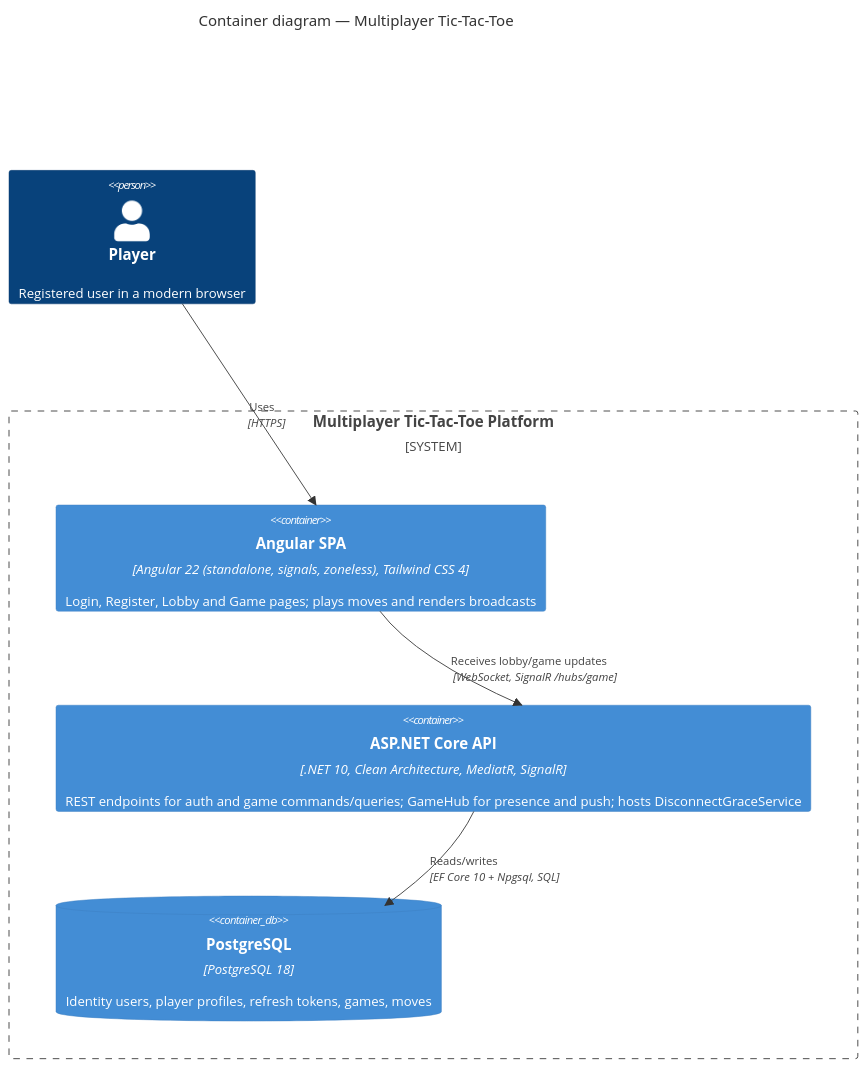
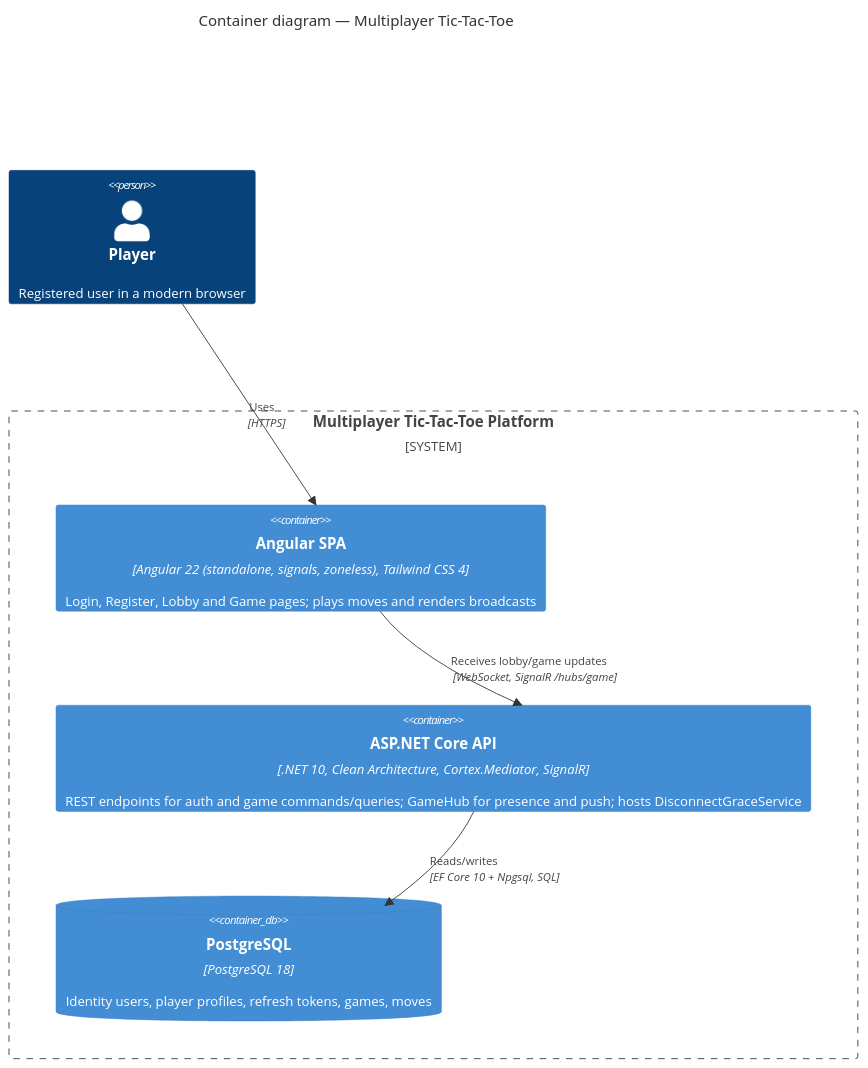
The second of 6 diagrams in docs/01-architecture/system-architecture.md (Nur-Al-Mumit/tic-tac-toe), drawn with Mermaid before and after one commit. The commit also changed other lines of this file and 20 other files, not shown here.

Commit message:
docs: switch in-process mediator from MediatR to Cortex.Mediator (ADR-0013, supersedes ADR-0002)

````diff
--- a/docs/01-architecture/system-architecture.md
+++ b/docs/01-architecture/system-architecture.md
@@ -36,17 +36,17 @@
 ```mermaid
 C4Container
     title Container diagram — Multiplayer Tic-Tac-Toe
 
     Person(player, "Player", "Registered user in a modern browser")
 
     System_Boundary(platform, "Multiplayer Tic-Tac-Toe Platform") {
         Container(spa, "Angular SPA", "Angular 22 (standalone, signals, zoneless), Tailwind CSS 4", "Login, Register, Lobby and Game pages; plays moves and renders broadcasts")
-        Container(api, "ASP.NET Core API", ".NET 10, Clean Architecture, MediatR, SignalR", "REST endpoints for auth and game commands/queries; GameHub for presence and push; hosts DisconnectGraceService")
+        Container(api, "ASP.NET Core API", ".NET 10, Clean Architecture, Cortex.Mediator, SignalR", "REST endpoints for auth and game commands/queries; GameHub for presence and push; hosts DisconnectGraceService")
         ContainerDb(db, "PostgreSQL", "PostgreSQL 18", "Identity users, player profiles, refresh tokens, games, moves")
     }
 
     Rel(player, spa, "Uses", "HTTPS")
     Rel(spa, api, "Auth + game commands/queries", "JSON over HTTPS, /api/v1")
     Rel(spa, api, "Receives lobby/game updates", "WebSocket, SignalR /hubs/game")
     Rel(api, db, "Reads/writes", "EF Core 10 + Npgsql, SQL")
 ```
````
